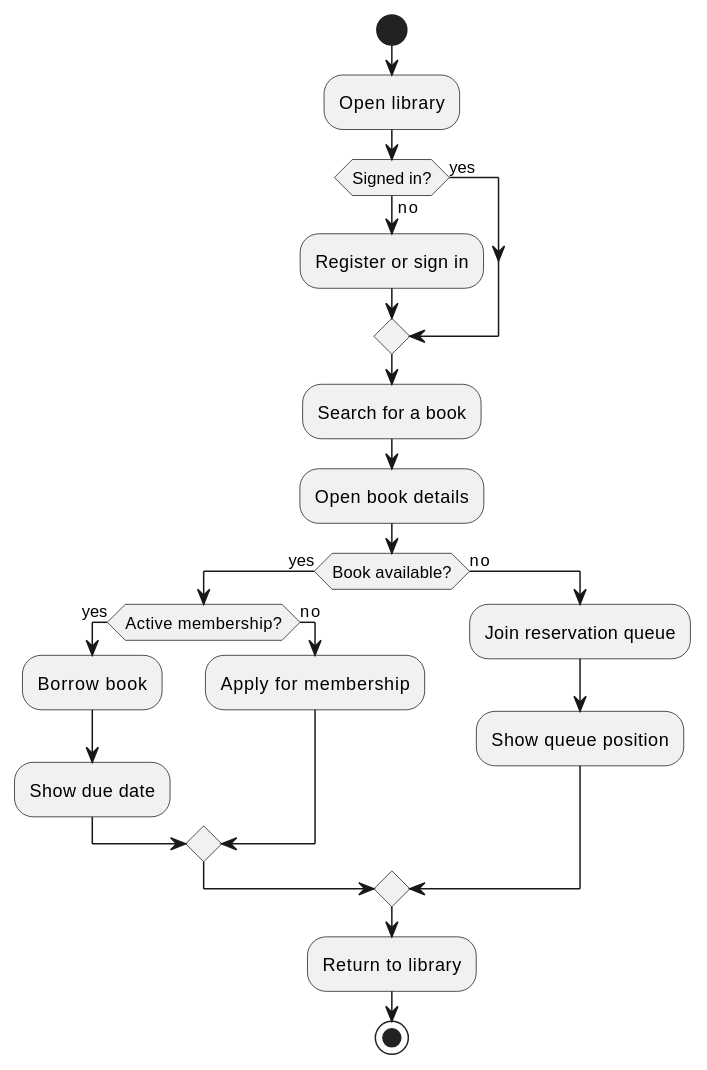
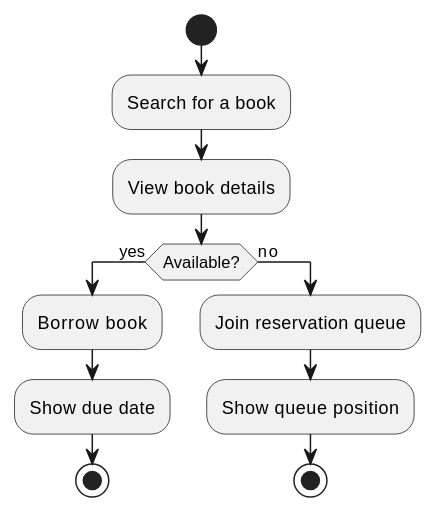
Before and after one commit to DessysGit/tesano-community-library: the fifth of 6 diagrams in docs/project-diagrams.md, drawn with PlantUML. The commit also changed other lines of this file, not shown here.

````diff
--- a/docs/project-diagrams.md
+++ b/docs/project-diagrams.md
@@ -191,25 +229,16 @@
 ```plantuml
 @startuml
 start
-:Open library;
-if (Signed in?) then (yes)
-else (no)
-  :Register or sign in;
-endif
 :Search for a book;
-:Open book details;
-if (Book available?) then (yes)
-  if (Active membership?) then (yes)
-    :Borrow book;
-    :Show due date;
-  else (no)
-    :Apply for membership;
-  endif
+:View book details;
+if (Available?) then (yes)
+  :Borrow book;
+  :Show due date;
+  stop
 else (no)
   :Join reservation queue;
   :Show queue position;
+  stop
 endif
-:Return to library;
-stop
 @enduml
 ```
````
